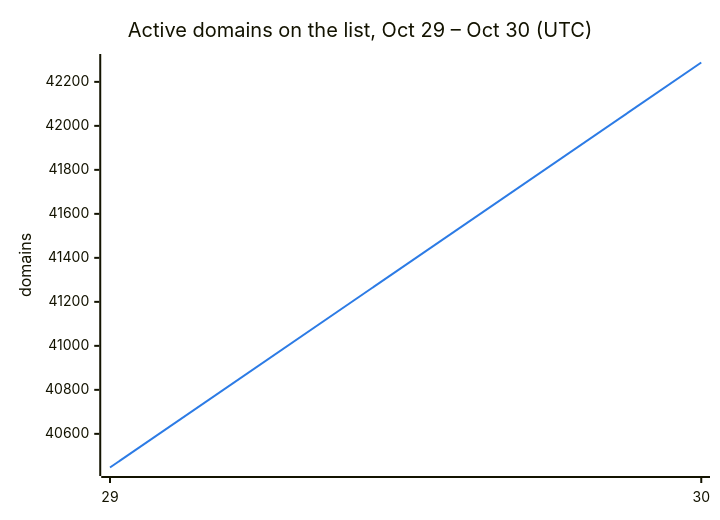
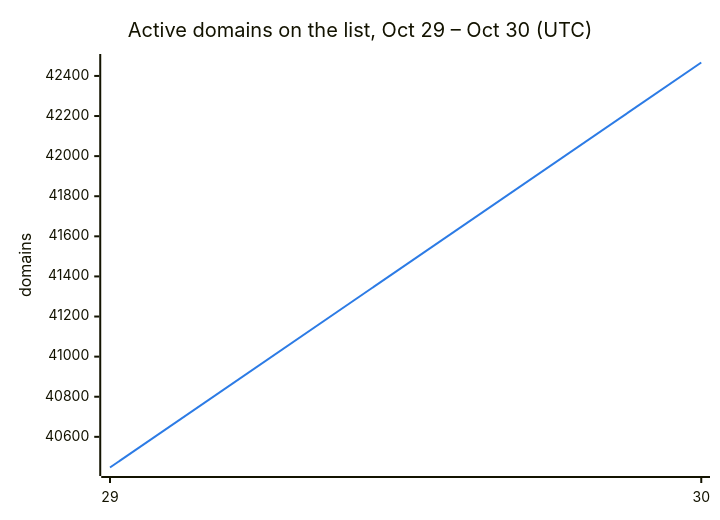
The second of 3 diagrams in README.md (DNSBunker/CTI), drawn with Mermaid before and after one commit. The commit also changed other lines of this file and 3 other files, not shown here.

````diff
--- a/README.md
+++ b/README.md
@@ -38,8 +38,8 @@
 ```mermaid
 %%{init: {"themeVariables": {"xyChart": {"plotColorPalette": "#2c7be5"}}}}%%
 xychart-beta
     title "Active domains on the list, Oct 29 – Oct 30 (UTC)"
     x-axis ["29", "30"]
     y-axis "domains"
-    line [40447, 42288]
+    line [40447, 42467]
 ```
````
